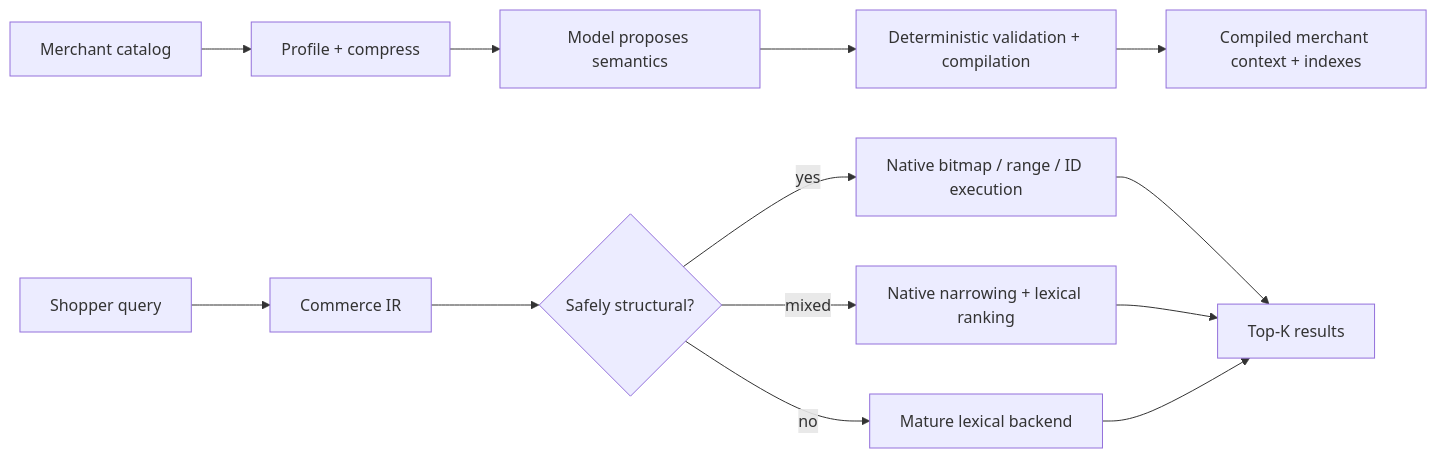
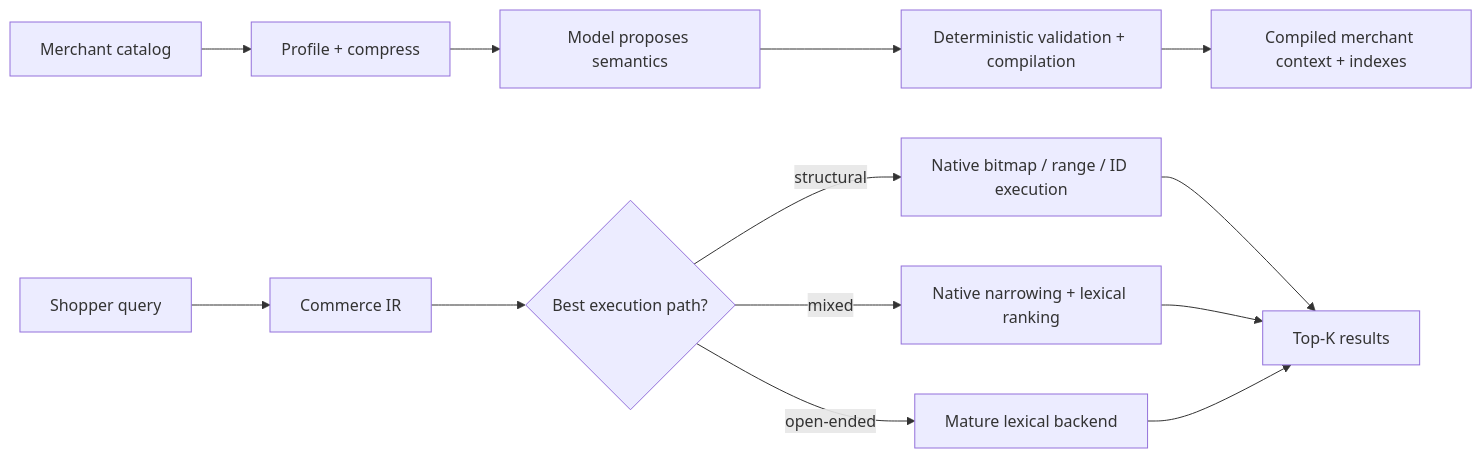
One commit to yangjeep/simple-ecommerce-search-engine changed the first of 2 diagrams in README.md. Above: the diagram before and after it, drawn with Mermaid. The commit also changed other lines of this file, not shown here.

````diff
--- a/README.md
+++ b/README.md
@@ -11,16 +18,16 @@
 ```mermaid
 flowchart LR
     A[Merchant catalog] --> B[Profile + compress]
     B --> C[Model proposes semantics]
     C --> D[Deterministic validation + compilation]
     D --> E[Compiled merchant context + indexes]
 
     Q[Shopper query] --> R[Commerce IR]
-    R --> P{Safely structural?}
-    P -->|yes| N[Native bitmap / range / ID execution]
+    R --> P{Best execution path?}
+    P -->|structural| N[Native bitmap / range / ID execution]
     P -->|mixed| H[Native narrowing + lexical ranking]
-    P -->|no| L[Mature lexical backend]
+    P -->|open-ended| L[Mature lexical backend]
     N --> K[Top-K results]
     H --> K
     L --> K
 ```
````
